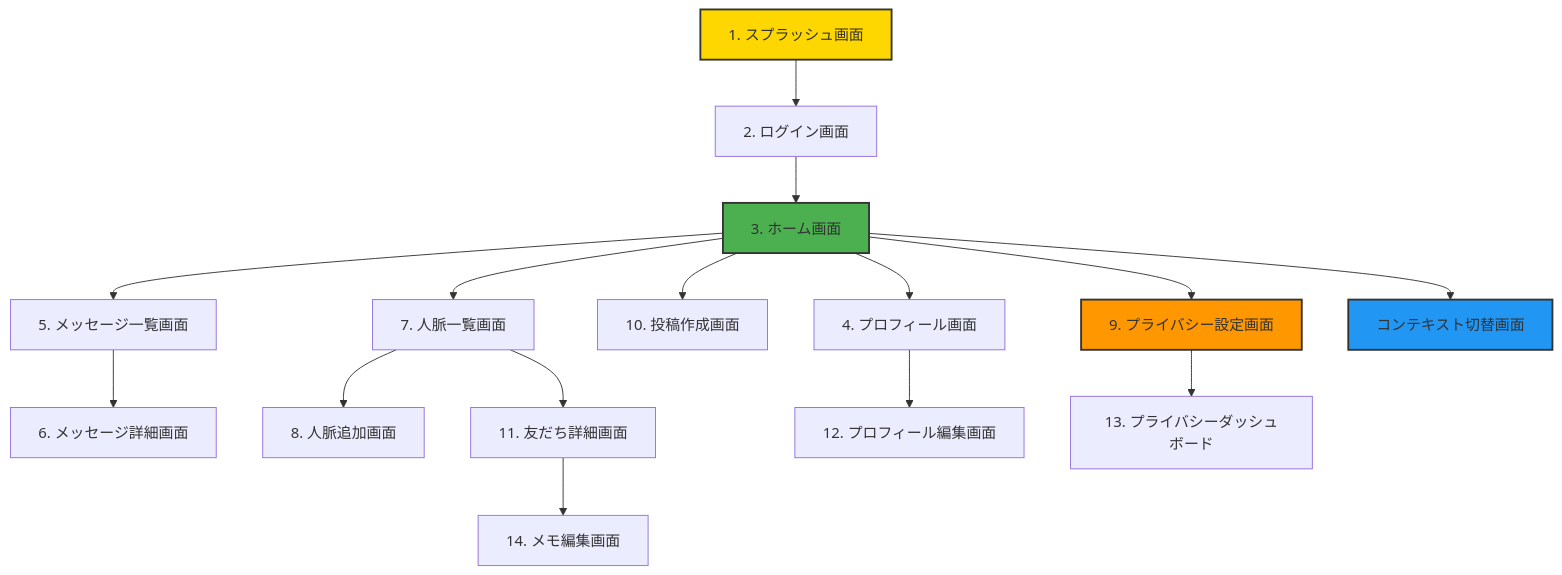
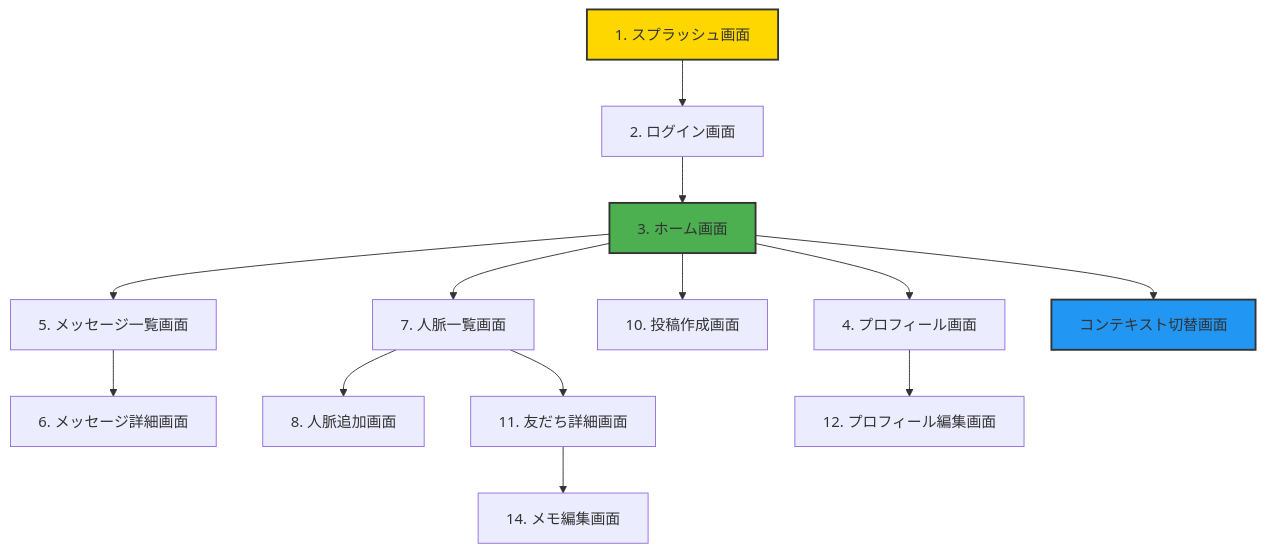
Before and after one commit to hamatz/tech_doc: the third of 11 diagrams in uiux_book.md, drawn with Mermaid. The commit also changed other lines of this file, not shown here.

````diff
--- a/uiux_book.md
+++ b/uiux_book.md
@@ -594,22 +590,19 @@
 ```mermaid
 graph TD
     A[1. スプラッシュ画面] --> B[2. ログイン画面]
     B --> C[3. ホーム画面]
     C --> D[4. プロフィール画面]
     C --> E[5. メッセージ一覧画面]
     C --> F[10. 投稿作成画面]
     C --> G[7. 人脈一覧画面]
-    C --> H[9. プライバシー設定画面]
     C --> I[コンテキスト切替画面]
     E --> J[6. メッセージ詳細画面]
     G --> K[8. 人脈追加画面]
     G --> N[11. 友だち詳細画面]
     N --> O[14. メモ編集画面]
     D --> L[12. プロフィール編集画面]
-    H --> M[13. プライバシーダッシュボード]
 
     style A fill:#FFD700,stroke:#333,stroke-width:2px
     style C fill:#4CAF50,stroke:#333,stroke-width:2px
-    style H fill:#FF9800,stroke:#333,stroke-width:2px
     style I fill:#2196F3,stroke:#333,stroke-width:2px
 ```
````
